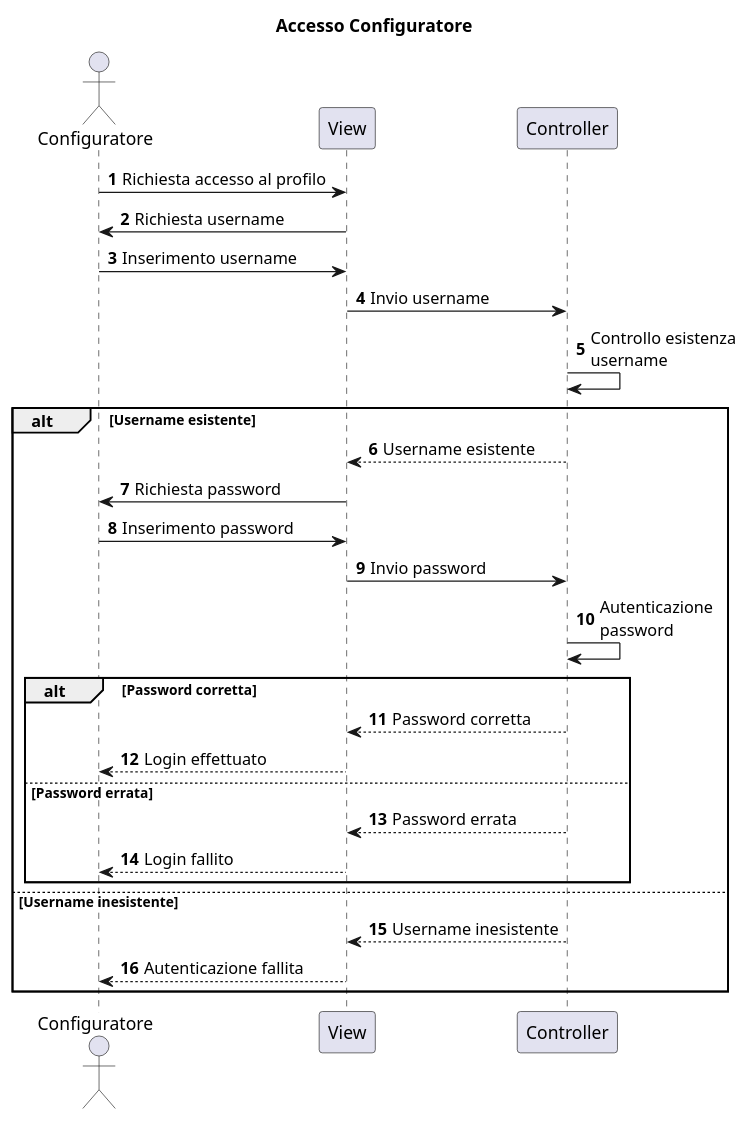
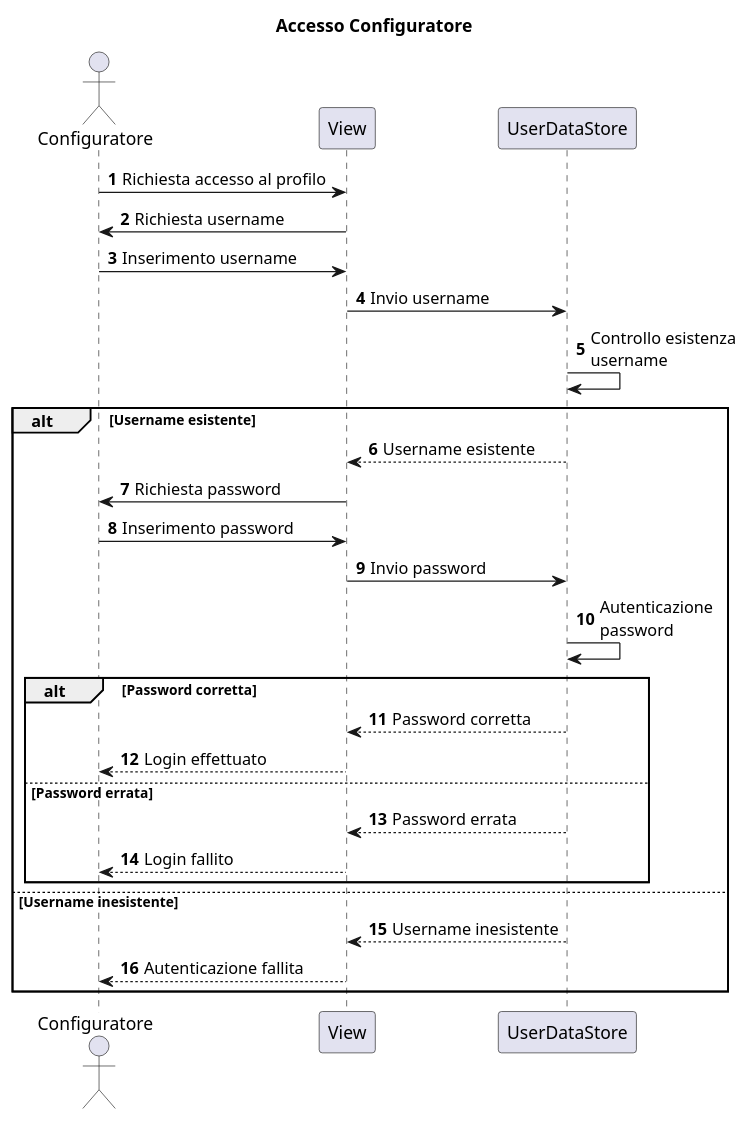
Before and after one commit to eletoo/inge_del_software: the diagram in doc/uml/version1/puml/Sequence diagram-Accesso configuratore.puml, drawn with PlantUML. The commit also changed 10 other files, not shown here.

```diff
--- a/doc/uml/version1/puml/Sequence diagram-Accesso configuratore.puml
+++ b/doc/uml/version1/puml/Sequence diagram-Accesso configuratore.puml
@@ -1,38 +1,38 @@
 @startuml
 
 autonumber
 title Accesso Configuratore
 
 actor Configuratore
 participant View
-participant Controller
+participant UserDataStore
 Configuratore -> View: Richiesta accesso al profilo
 View -> Configuratore: Richiesta username
 Configuratore -> View: Inserimento username
-View -> Controller: Invio username
-Controller ->Controller: Controllo esistenza \nusername
+View -> UserDataStore: Invio username
+UserDataStore ->UserDataStore: Controllo esistenza \nusername
 
 alt Username esistente
-    Controller --> View: Username esistente
+    UserDataStore --> View: Username esistente
     View -> Configuratore: Richiesta password
     Configuratore -> View: Inserimento password
-    View -> Controller: Invio password
-    Controller -> Controller: Autenticazione\npassword
+    View -> UserDataStore: Invio password
+    UserDataStore -> UserDataStore: Autenticazione\npassword
 
     alt Password corretta
-        Controller --> View: Password corretta
+        UserDataStore --> View: Password corretta
         View --> Configuratore: Login effettuato
 
     else Password errata
-        Controller --> View: Password errata
+        UserDataStore --> View: Password errata
         View --> Configuratore: Login fallito
     end
 
 else Username inesistente
-    Controller --> View: Username inesistente
+    UserDataStore --> View: Username inesistente
     View --> Configuratore: Autenticazione fallita
 
 
 end
 
 @enduml
```
